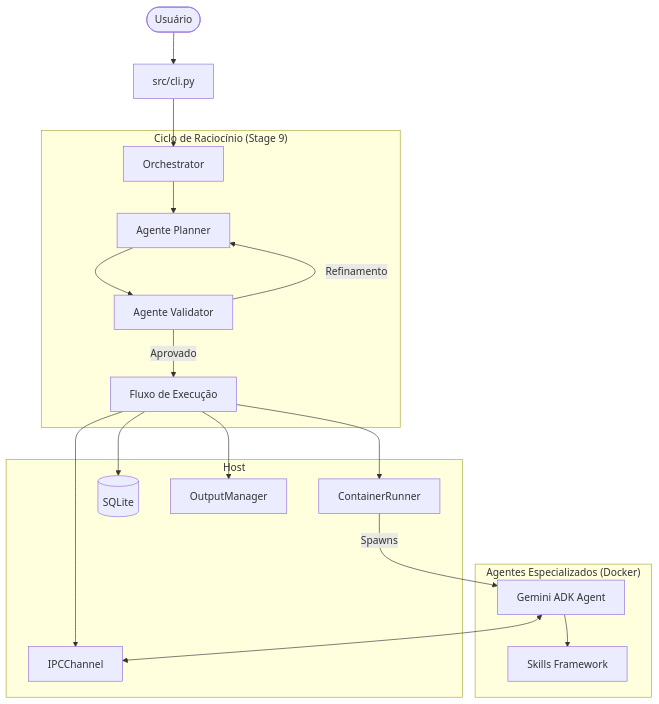
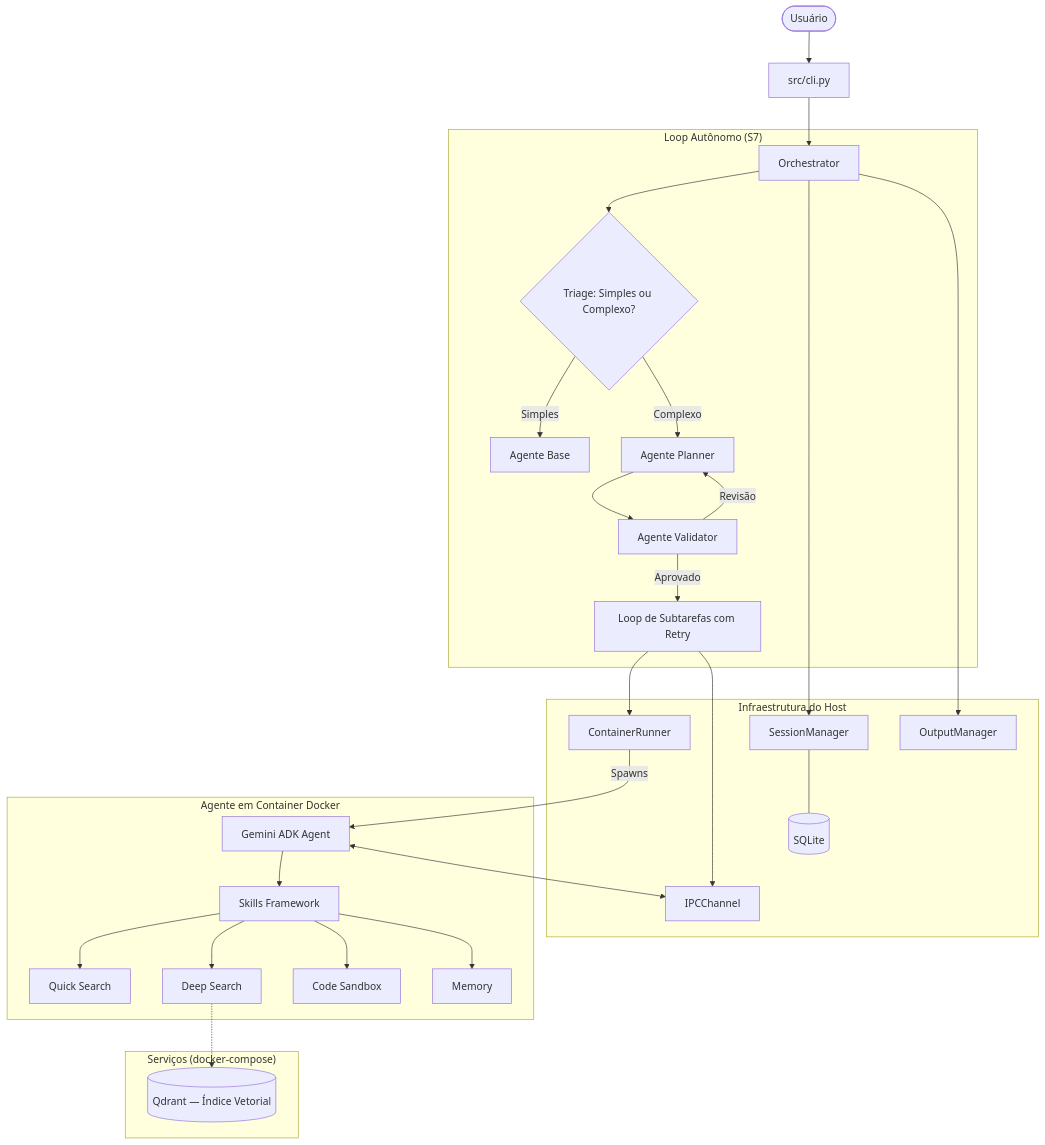
Before and after one commit to paulormnas/geminiclaw: the diagram in README.md, drawn with Mermaid. The commit also changed other lines of this file and 3 other files, not shown here.

Commit message:
docs(readme): detalha arquitetura e status das skills no roadmap v2

````diff
--- a/README.md
+++ b/README.md
@@ -13,29 +28,39 @@
 ```mermaid
 graph TD
     User([Usuário]) --> CLI[src/cli.py]
     CLI --> Orch[Orchestrator]
     
-    subgraph "Ciclo de Raciocínio (Stage 9)"
-        Orch --> Planner[Agente Planner]
+    subgraph "Loop Autônomo (S7)"
+        Orch --> Triage{Triage: Simples ou Complexo?}
+        Triage -- Simples --> BaseAgent[Agente Base]
+        Triage -- Complexo --> Planner[Agente Planner]
         Planner --> Validator[Agente Validator]
-        Validator -- Refinamento --> Planner
-        Validator -- Aprovado --> ExecFlow[Fluxo de Execução]
+        Validator -- Revisão --> Planner
+        Validator -- Aprovado --> ExecLoop[Loop de Subtarefas com Retry]
     end
 
-    subgraph Host
-        ExecFlow --> Runner[ContainerRunner]
-        ExecFlow --> IPC[IPCChannel]
-        ExecFlow --> SM[SessionManager]
-        ExecFlow --> OM[OutputManager]
-        SM[(SQLite)]
+    subgraph "Infraestrutura do Host"
+        ExecLoop --> Runner[ContainerRunner]
+        ExecLoop --> IPC[IPCChannel]
+        Orch --> SM[SessionManager]
+        Orch --> OM[OutputManager]
+        SM --- DB[(SQLite)]
     end
     
-    subgraph "Agentes Especializados (Docker)"
+    subgraph "Agente em Container Docker"
         Agent[Gemini ADK Agent]
-        Skills[Skills Framework]
+        Agent --> Skills[Skills Framework]
+        Skills --> QS[Quick Search]
+        Skills --> DS[Deep Search]
+        Skills --> CS[Code Sandbox]
+        Skills --> Mem[Memory]
         Agent <--> IPC
-        Agent --> Skills
     end
-    
+
+    subgraph "Serviços (docker-compose)"
+        Qdrant[(Qdrant — Índice Vetorial)]
+        DS -.-> Qdrant
+    end
+
     Runner -- Spawns --> Agent
 ```
````
